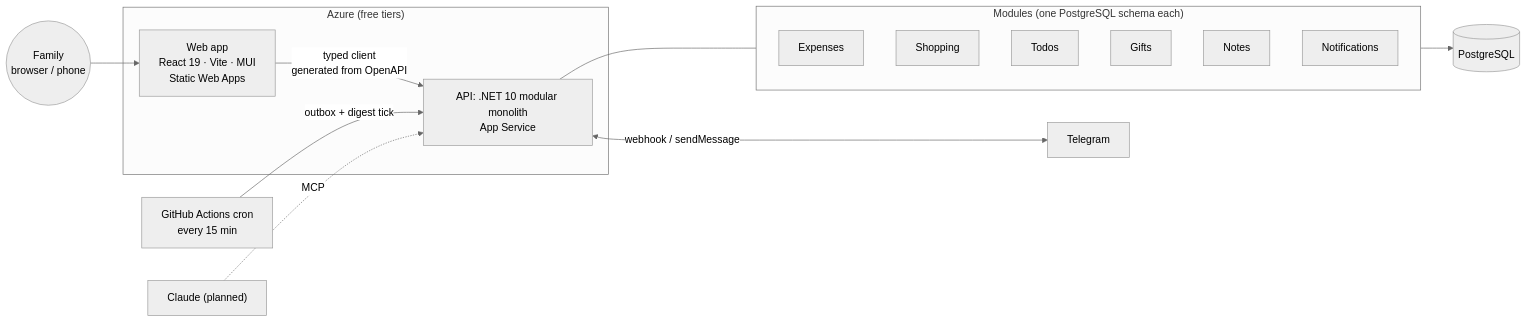
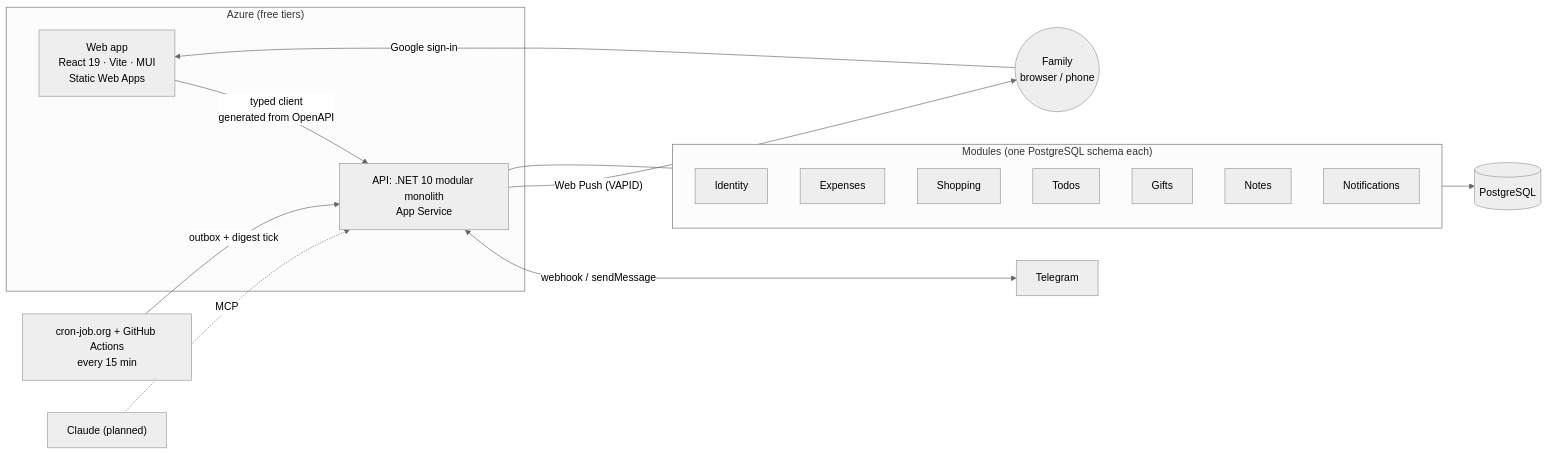
The diagram in README.md (Weretik/home-app), drawn with Mermaid (neutral theme) before and after one commit. The commit also changed other lines of this file and 6 other files, not shown here.

Commit message:
README: sign-in, offline app, push, screenshots and current numbers

````diff
--- a/README.md
+++ b/README.md
@@ -30,22 +50,24 @@
 ```mermaid
 flowchart LR
     subgraph Azure["Azure (free tiers)"]
         Web["Web app<br/>React 19 · Vite · MUI<br/>Static Web Apps"]
         Api["API: .NET 10 modular monolith<br/>App Service"]
     end
     subgraph Modules["Modules (one PostgreSQL schema each)"]
+        Identity
         Expenses
         Shopping
         Todos
         Gifts
         Notes
         Notifications
     end
-    User(("Family<br/>browser / phone")) --> Web
+    User(("Family<br/>browser / phone")) -- "Google sign-in" --> Web
     Web -- "typed client<br/>generated from OpenAPI" --> Api
     Api --- Modules
     Modules --> DB[("PostgreSQL")]
-    Cron["GitHub Actions cron<br/>every 15 min"] -- "outbox + digest tick" --> Api
+    Cron["cron-job.org + GitHub Actions<br/>every 15 min"] -- "outbox + digest tick" --> Api
     Api <-- "webhook / sendMessage" --> TG["Telegram"]
+    Api -- "Web Push (VAPID)" --> User
     Claude["Claude (planned)"] -. "MCP" .-> Api
 ```
````
